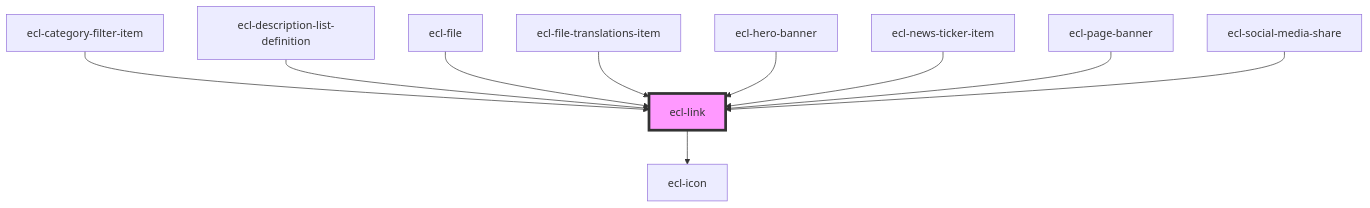
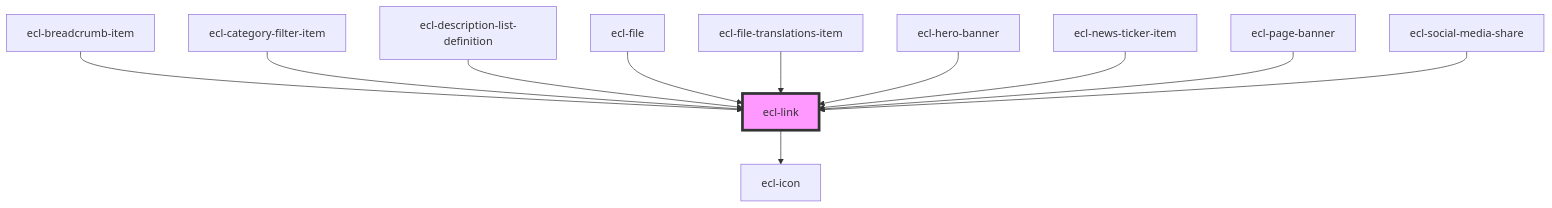
One commit to ec-europa/ecl-webcomponents changed the diagram in src/components/ecl-link/readme.md. Above: the diagram before and after it, drawn with Mermaid. The commit also changed other lines of this file and 15 other files, not shown here.

````diff
--- a/src/components/ecl-link/readme.md
+++ b/src/components/ecl-link/readme.md
@@ -38,13 +39,14 @@
 ```mermaid
 graph TD;
   ecl-link --> ecl-icon
+  ecl-breadcrumb-item --> ecl-link
   ecl-category-filter-item --> ecl-link
   ecl-description-list-definition --> ecl-link
   ecl-file --> ecl-link
   ecl-file-translations-item --> ecl-link
   ecl-hero-banner --> ecl-link
   ecl-news-ticker-item --> ecl-link
   ecl-page-banner --> ecl-link
   ecl-social-media-share --> ecl-link
   style ecl-link fill:#f9f,stroke:#333,stroke-width:4px
 ```
````
